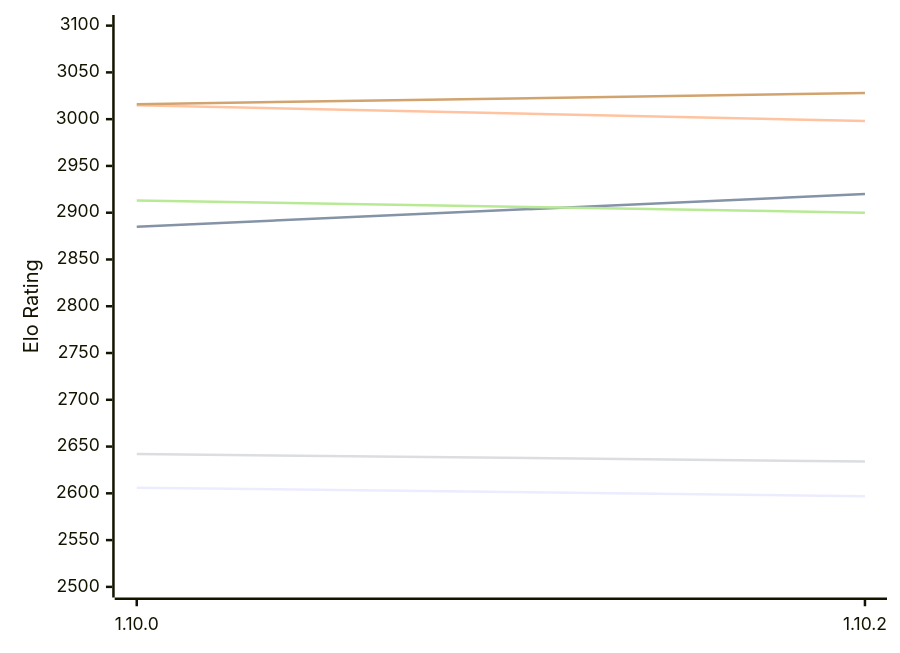
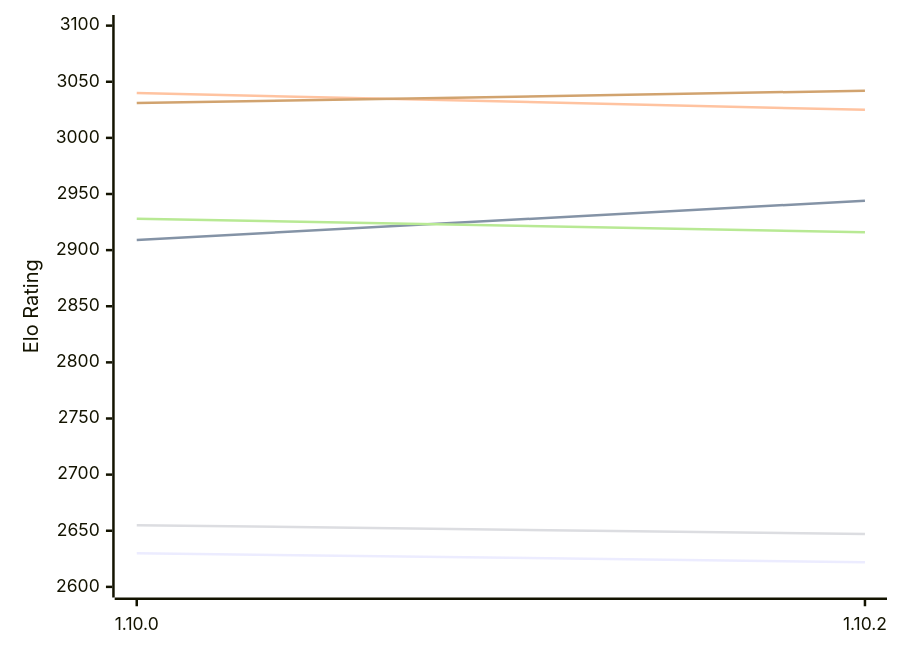
The first of 2 diagrams in engines/Basilisk.md (computer-chess-index/cci), drawn with Mermaid before and after one commit. The commit also changed other lines of this file, not shown here.

Commit message:
Update CCI Ratings (ELO VLTC) - 2026-10-24

````diff
--- a/engines/Basilisk.md
+++ b/engines/Basilisk.md
@@ -61,12 +61,12 @@
 ```mermaid
 %%{init: {"theme":"base","themeVariables":{"seriesColors:['#a3a3a3','#222221','#faa371']}}}%%
 xychart-beta
   x-axis ["1.10.0", "1.10.2"]
-  y-axis "Elo Rating" 2500 --> 3100
-  line "E1: STC (8.0+0.08s)" [2606, 2597]
-  line "E1: LTC (60.0+0.60s)" [2885, 2920]
-  line "E1: VLTC (2m24s+1.12s)" [3015, 2998]
-  line "P1: STC (8.0+0.08s)" [2642, 2634]
-  line "P1: LTC (60.0+0.60s)" [2913, 2900]
-  line "P1: VLTC (2m24s+1.12s)" [3016, 3028]
+  y-axis "Elo Rating" 2600 --> 3100
+  line "E1: STC (8.0+0.08s)" [2630, 2622]
+  line "E1: LTC (60.0+0.60s)" [2909, 2944]
+  line "E1: VLTC (2m24s+1.12s)" [3040, 3025]
+  line "P1: STC (8.0+0.08s)" [2655, 2647]
+  line "P1: LTC (60.0+0.60s)" [2928, 2916]
+  line "P1: VLTC (2m24s+1.12s)" [3031, 3042]
 ```
````
